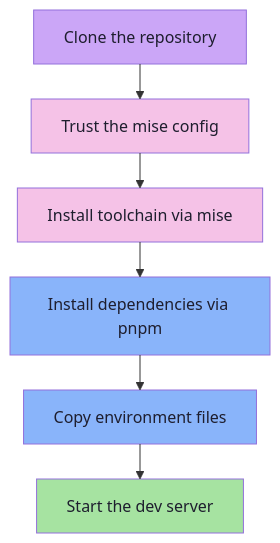
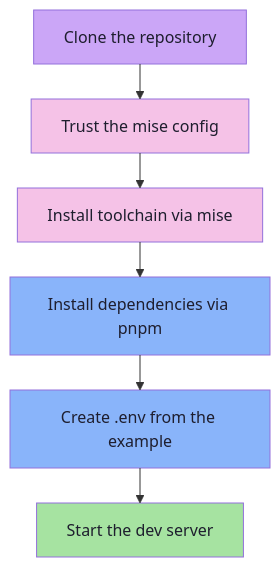
Before and after one commit to tecapps/affirm: the second of 7 diagrams in GETTING-STARTED.md, drawn with Mermaid. The commit also changed other lines of this file, not shown here.

````diff
--- a/GETTING-STARTED.md
+++ b/GETTING-STARTED.md
@@ -98,19 +97,19 @@
 ```mermaid
 ---
 config:
   layout: elk
 ---
 flowchart TD
     A["Clone the repository"] --> B["Trust the mise config"]
     B --> C["Install toolchain via mise"]
     C --> D["Install dependencies via pnpm"]
-    D --> E["Copy environment files"]
+    D --> E["Create .env from the example"]
     E --> F["Start the dev server"]
 
     style A fill:#cba6f7,color:#1e1e2e
     style B fill:#f5c2e7,color:#1e1e2e
     style C fill:#f5c2e7,color:#1e1e2e
     style D fill:#89b4fa,color:#1e1e2e
     style E fill:#89b4fa,color:#1e1e2e
     style F fill:#a6e3a1,color:#1e1e2e
 ```
````
